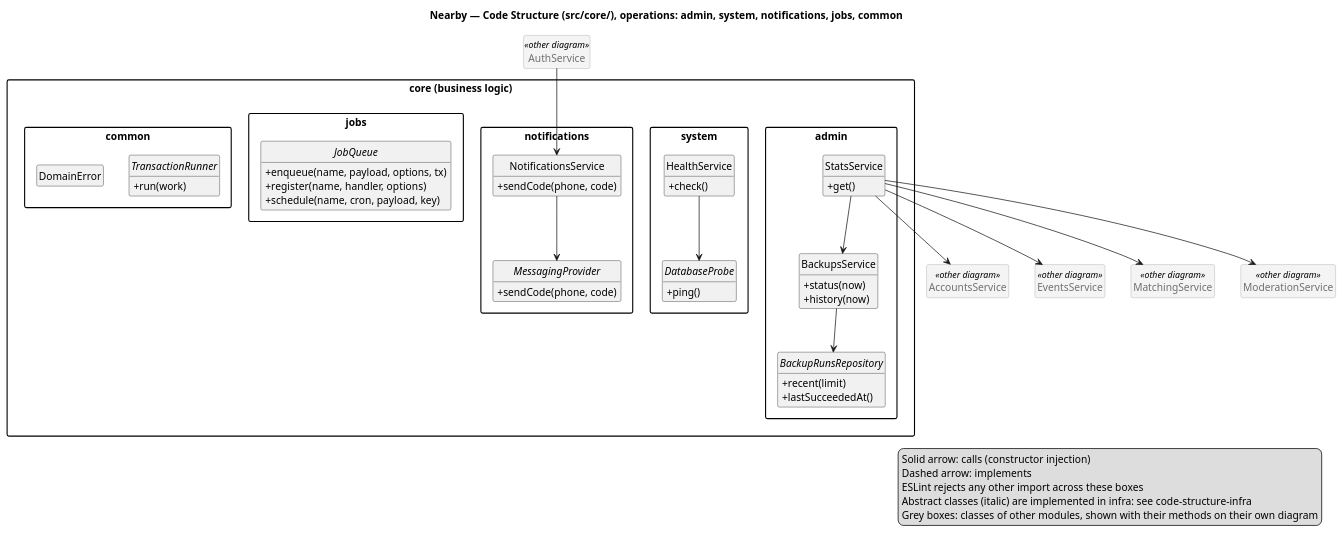
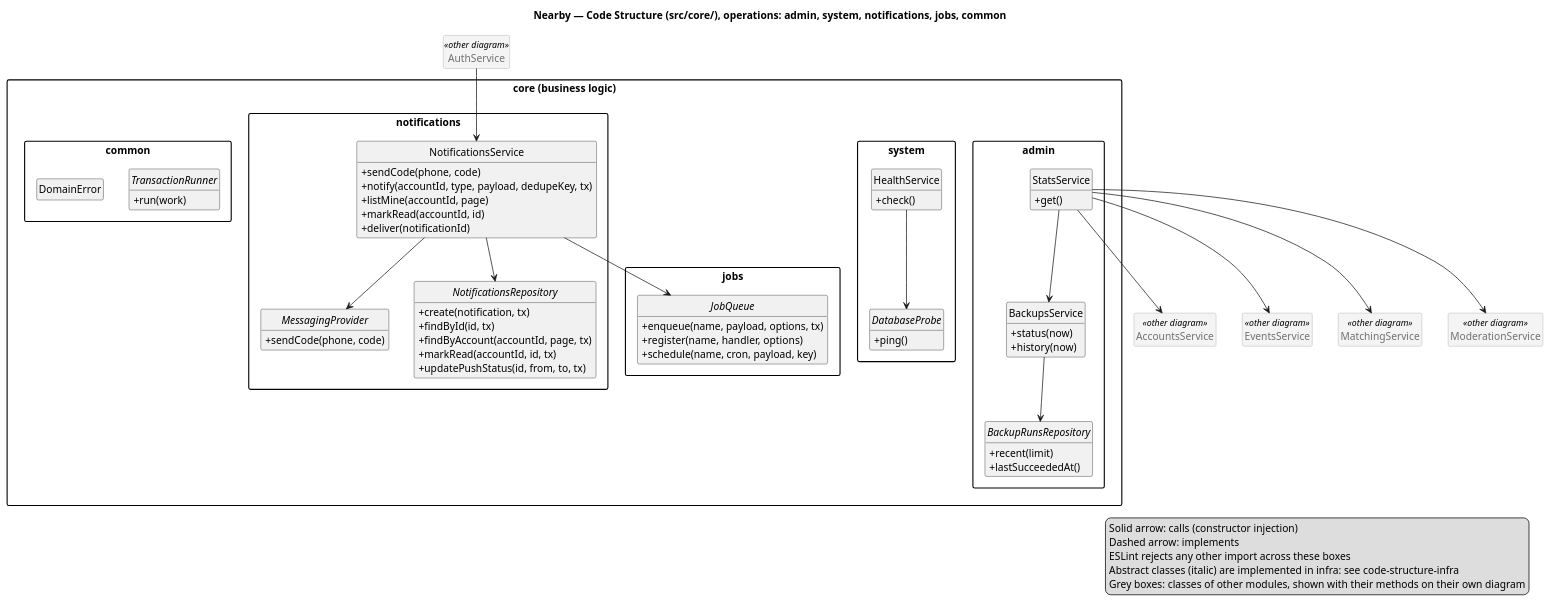
Before and after one commit to ukma-fin-ssdm-2026/pun-intended-team: the diagram in docs/architecture/uml/code-structure-core-operations.puml, drawn with PlantUML. The commit also changed 7 other files, not shown here.

```diff
--- a/docs/architecture/uml/code-structure-core-operations.puml
+++ b/docs/architecture/uml/code-structure-core-operations.puml
@@ -1,90 +1,103 @@
 @startuml code-structure-core-operations
 /'
   AI Usage Note
   Drafted with Claude from the code in src/.
 '/
 title Nearby — Code Structure (src/core/), operations: admin, system, notifications, jobs, common
 
 skinparam shadowing false
 skinparam packageStyle rectangle
 skinparam classAttributeIconSize 0
 hide empty members
 hide circle
 skinparam class {
   BackgroundColor<<other diagram>> #F4F4F4
   BorderColor<<other diagram>> #A0A0A0
   FontColor<<other diagram>> #707070
 }
 
 package "core (business logic)" as CORE {
   package admin {
     class StatsService {
       +get()
     }
     class BackupsService {
       +status(now)
       +history(now)
     }
     abstract class BackupRunsRepository {
       +recent(limit)
       +lastSucceededAt()
     }
   }
   package system {
     class HealthService {
       +check()
     }
     abstract class DatabaseProbe {
       +ping()
     }
   }
   package notifications {
     class NotificationsService {
       +sendCode(phone, code)
+      +notify(accountId, type, payload, dedupeKey, tx)
+      +listMine(accountId, page)
+      +markRead(accountId, id)
+      +deliver(notificationId)
     }
     abstract class MessagingProvider {
       +sendCode(phone, code)
+    }
+    abstract class NotificationsRepository {
+      +create(notification, tx)
+      +findById(id, tx)
+      +findByAccount(accountId, page, tx)
+      +markRead(accountId, id, tx)
+      +updatePushStatus(id, from, to, tx)
     }
   }
   package jobs {
     abstract class JobQueue {
       +enqueue(name, payload, options, tx)
       +register(name, handler, options)
       +schedule(name, cron, payload, key)
     }
   }
   package common {
     abstract class TransactionRunner {
       +run(work)
     }
     class DomainError
   }
 }
 
 ' other modules' classes, shown with their methods on their own diagram
 class AccountsService <<other diagram>>
 class EventsService <<other diagram>>
 class MatchingService <<other diagram>>
 class ModerationService <<other diagram>>
 class AuthService <<other diagram>>
 
 ' services call services and reach storage and adapters through abstract classes
 AuthService --> NotificationsService
 StatsService --> AccountsService
 StatsService --> EventsService
 StatsService --> MatchingService
 StatsService --> ModerationService
 StatsService --> BackupsService
 BackupsService --> BackupRunsRepository
 HealthService --> DatabaseProbe
 NotificationsService --> MessagingProvider
+NotificationsService --> NotificationsRepository
+NotificationsService --> JobQueue
 
 legend right
   Solid arrow: calls (constructor injection)
   Dashed arrow: implements
   ESLint rejects any other import across these boxes
   Abstract classes (italic) are implemented in infra: see code-structure-infra
   Grey boxes: classes of other modules, shown with their methods on their own diagram
 endlegend
 
 @enduml
```
